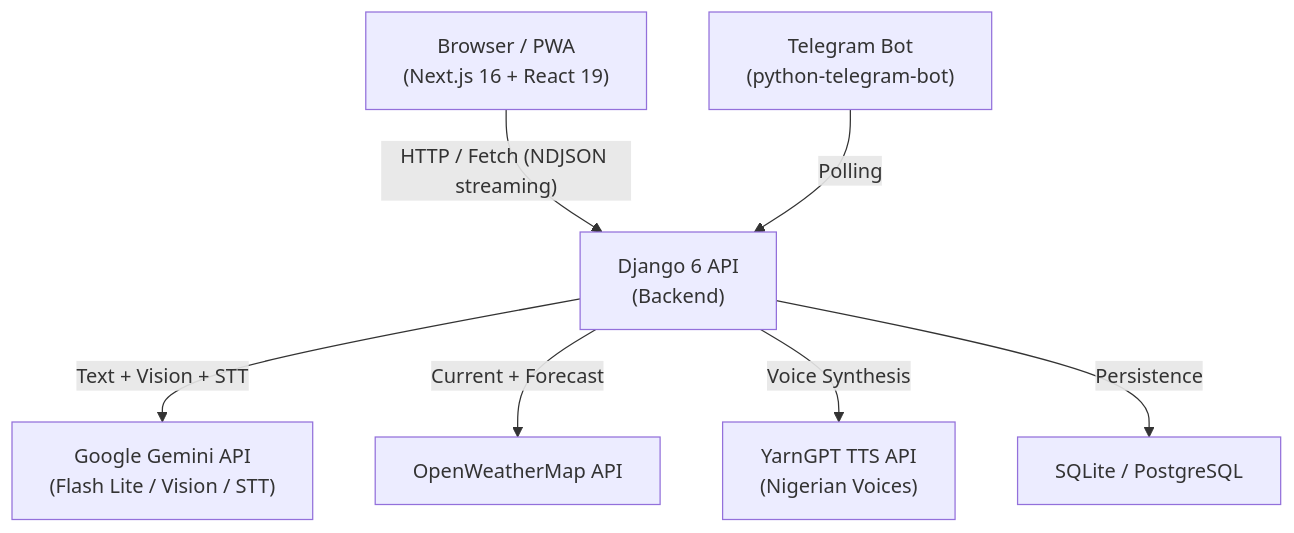
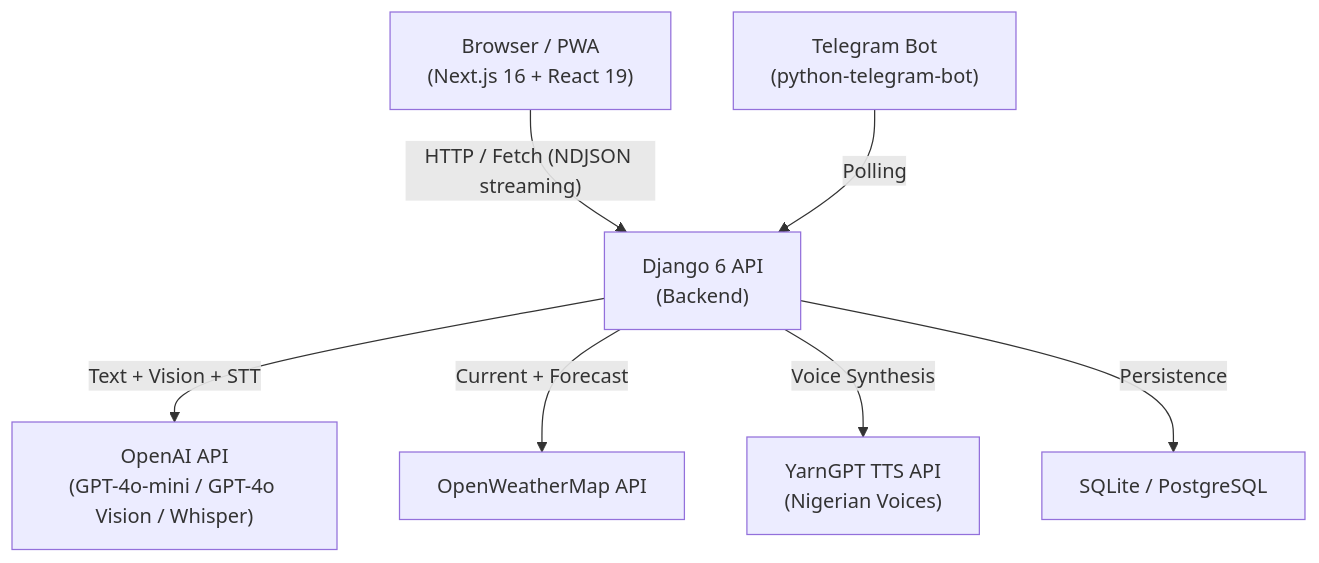
The first of 2 diagrams in README.md (Abdul-Salam15/Farm-Buddy-v2), drawn with Mermaid before and after one commit. The commit also changed other lines of this file and 6 other files, not shown here.

First line of the commit message:
Rename Gemini → OpenAI to match actual provider in use

````diff
--- a/README.md
+++ b/README.md
@@ -69,17 +69,17 @@
 ```mermaid
 graph TD
     Browser["Browser / PWA\n(Next.js 16 + React 19)"]
     Django["Django 6 API\n(Backend)"]
-    Gemini["Google Gemini API\n(Flash Lite / Vision / STT)"]
+    OpenAI["OpenAI API\n(GPT-4o-mini / GPT-4o Vision / Whisper)"]
     Weather["OpenWeatherMap API"]
     YarnGPT["YarnGPT TTS API\n(Nigerian Voices)"]
     DB["SQLite / PostgreSQL"]
     Telegram["Telegram Bot\n(python-telegram-bot)"]
 
     Browser -- "HTTP / Fetch (NDJSON streaming)" --> Django
     Telegram -- "Polling" --> Django
-    Django -- "Text + Vision + STT" --> Gemini
+    Django -- "Text + Vision + STT" --> OpenAI
     Django -- "Current + Forecast" --> Weather
     Django -- "Voice Synthesis" --> YarnGPT
     Django -- "Persistence" --> DB
 ```
````
